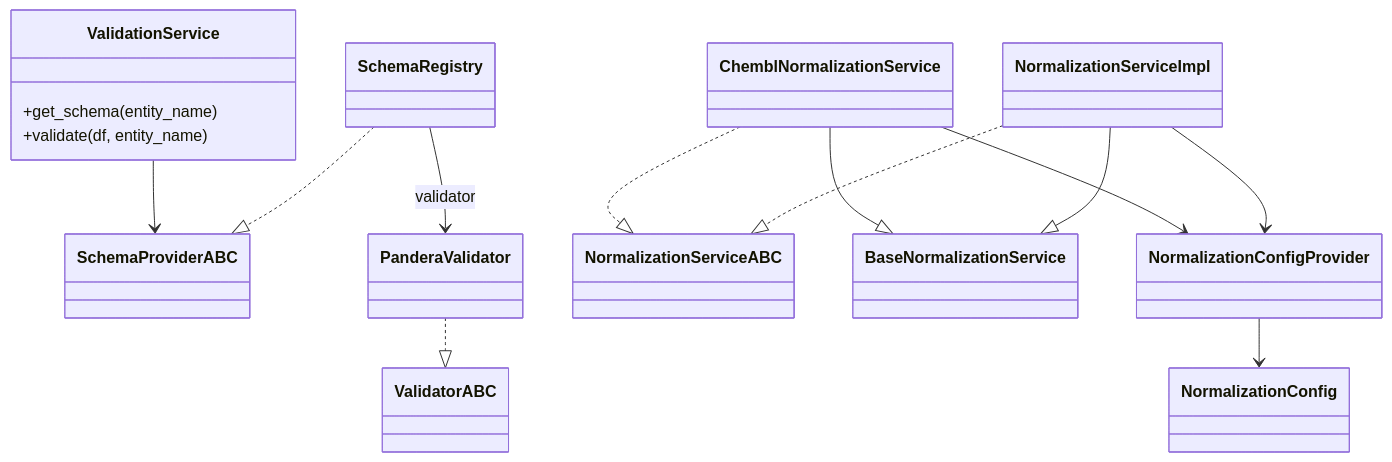
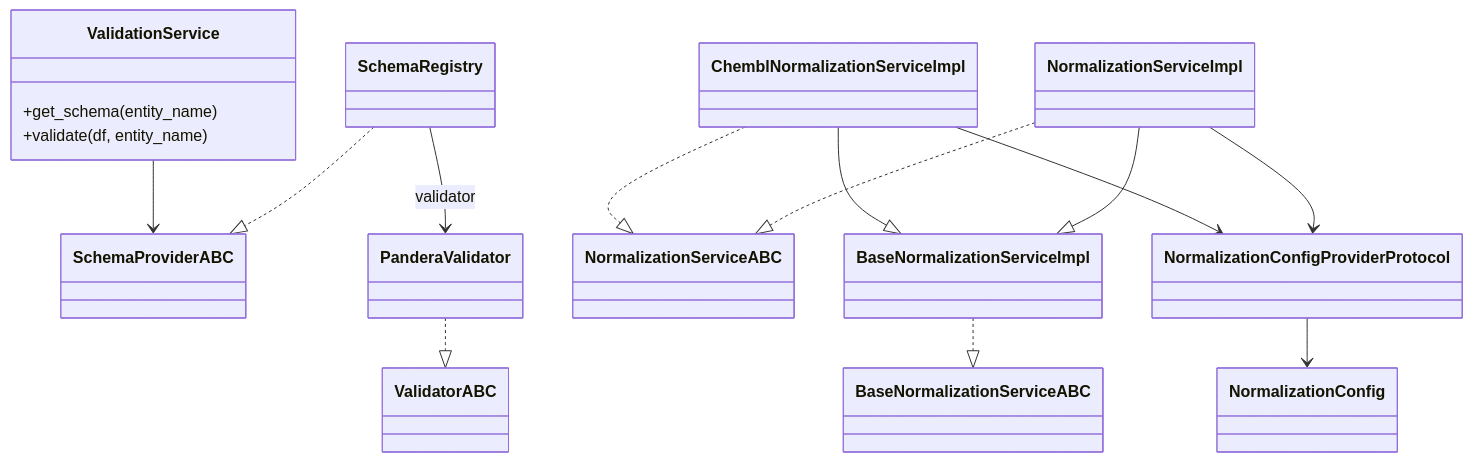
Before and after one commit to SatoryKono/BioactivityDataAcquisition: the diagram in docs/architecture/diagrams/class/12-domain-service-classes.mmd, drawn with Mermaid. The commit also changed 49 other files, not shown here.

```diff
--- a/docs/architecture/diagrams/class/12-domain-service-classes.mmd
+++ b/docs/architecture/diagrams/class/12-domain-service-classes.mmd
@@ -1,34 +1,36 @@
 ---
 id: 7f1b5e5d-4c9a-4bf0-8c6f-0b3fdde2d0ac
 ---
 %%{init: {"class": {"domainPrimary": {"fill": "#f5f5f5", "stroke": "#444", "strokeWidth": 1.5, "color": "#111", "fontSize": "22px"}, "domainSecondary": {"fill": "#e3e7ec", "stroke": "#555", "strokeWidth": 1.2, "color": "#111", "fontSize": "18px"}, "interface": {"fill": "#dde7f2", "stroke": "#44546a", "strokeWidth": 1.5, "color": "#111", "fontSize": "22px"}}}}%%
 classDiagram-v2
 
 class ValidationService {
   +get_schema(entity_name)
   +validate(df, entity_name)
 }
 class SchemaProviderABC
 class ValidatorABC
 class PanderaValidator
 class SchemaRegistry
 
 class NormalizationServiceABC
-class BaseNormalizationService
-class ChemblNormalizationService
+class BaseNormalizationServiceABC
+class BaseNormalizationServiceImpl
+class ChemblNormalizationServiceImpl
 class NormalizationServiceImpl
-class NormalizationConfigProvider
+class NormalizationConfigProviderProtocol
 class NormalizationConfig
 
 ValidationService --> SchemaProviderABC
 SchemaRegistry ..|> SchemaProviderABC
 PanderaValidator ..|> ValidatorABC
 SchemaRegistry --> PanderaValidator : validator
 
-ChemblNormalizationService --|> BaseNormalizationService
-NormalizationServiceImpl --|> BaseNormalizationService
-ChemblNormalizationService ..|> NormalizationServiceABC
+BaseNormalizationServiceImpl ..|> BaseNormalizationServiceABC
+ChemblNormalizationServiceImpl --|> BaseNormalizationServiceImpl
+NormalizationServiceImpl --|> BaseNormalizationServiceImpl
+ChemblNormalizationServiceImpl ..|> NormalizationServiceABC
 NormalizationServiceImpl ..|> NormalizationServiceABC
-ChemblNormalizationService --> NormalizationConfigProvider
-NormalizationServiceImpl --> NormalizationConfigProvider
-NormalizationConfigProvider --> NormalizationConfig
+ChemblNormalizationServiceImpl --> NormalizationConfigProviderProtocol
+NormalizationServiceImpl --> NormalizationConfigProviderProtocol
+NormalizationConfigProviderProtocol --> NormalizationConfig
```
